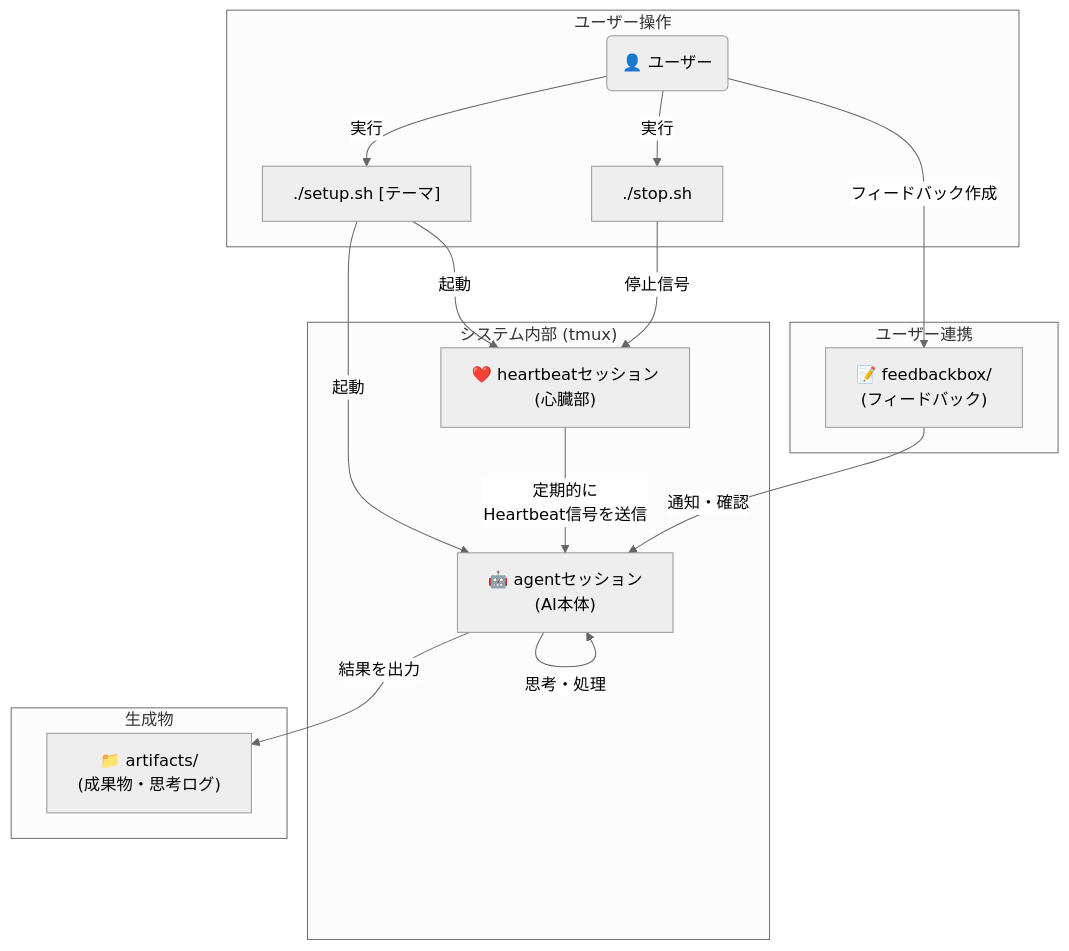
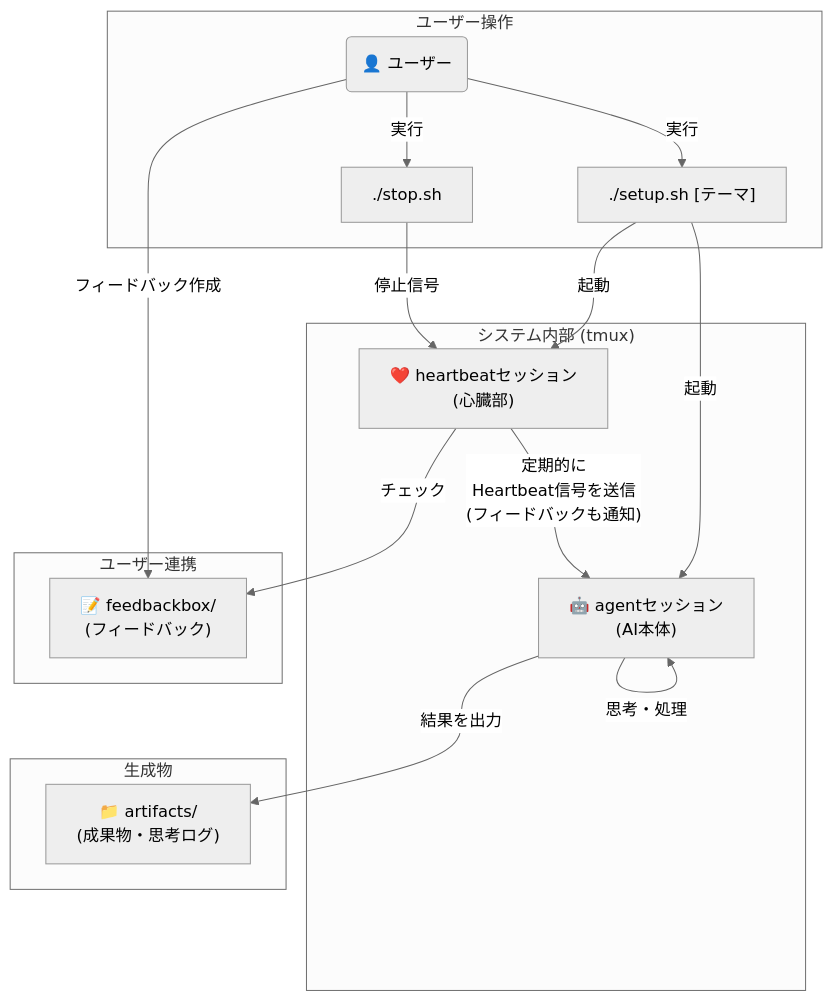
One commit to creating-cat/ai-heartbeat changed the diagram in README.md. Above: the diagram before and after it, drawn with Mermaid (neutral theme). The commit also changed 1 other file, not shown here.

Commit message:
ドキュメント修正

````diff
--- a/README.md
+++ b/README.md
@@ -26,32 +26,33 @@
 ```mermaid
 graph TD
     subgraph "ユーザー操作"
         User(👤 ユーザー)
         Start["./setup.sh [テーマ]"]
         Stop["./stop.sh"]
     end
 
     subgraph "システム内部 (tmux)"
-        Agent["🤖 agentセッション<br>(AI本体)"]
-        Heartbeat["❤️ heartbeatセッション<br>(心臓部)"]
-    end
-    
-    subgraph "ユーザー連携"
-        Feedbackbox["📝 feedbackbox/<br>(フィードバック)"]
-    end
-    
-    subgraph "生成物"
-        Artifacts["📁 artifacts/ <br>(成果物・思考ログ)"]
-    end
+    Agent["🤖 agentセッション<br>(AI本体)"]
+    Heartbeat["❤️ heartbeatセッション<br>(心臓部)"]
+end
 
-    User -- "実行" --> Start
-    Start -- "起動" --> Agent
-    Start -- "起動" --> Heartbeat
-    Heartbeat -- "定期的に<br>Heartbeat信号を送信" --> Agent
-    Agent -- "思考・処理" --> Agent
-    Agent -- "結果を出力" --> Artifacts
-    User -- "実行" --> Stop
-    Stop -- "停止信号" --> Heartbeat
-    User -- "フィードバック作成" --> Feedbackbox
-    Feedbackbox -- "通知・確認" --> Agent
+subgraph "ユーザー連携"
+    Feedbackbox["📝 feedbackbox/<br>(フィードバック)"]
+end
+
+subgraph "生成物"
+    Artifacts["📁 artifacts/ <br>(成果物・思考ログ)"]
+end
+
+User -- "実行" --> Start
+Start -- "起動" --> Agent
+Start -- "起動" --> Heartbeat
+Heartbeat -- "定期的に<br>Heartbeat信号を送信<br>(フィードバックも通知)" --> Agent
+Agent -- "思考・処理" --> Agent
+Agent -- "結果を出力" --> Artifacts
+User -- "実行" --> Stop
+Stop -- "停止信号" --> Heartbeat
+User -- "フィードバック作成" --> Feedbackbox
+Heartbeat -- "チェック" --> Feedbackbox
+
 ```
````
